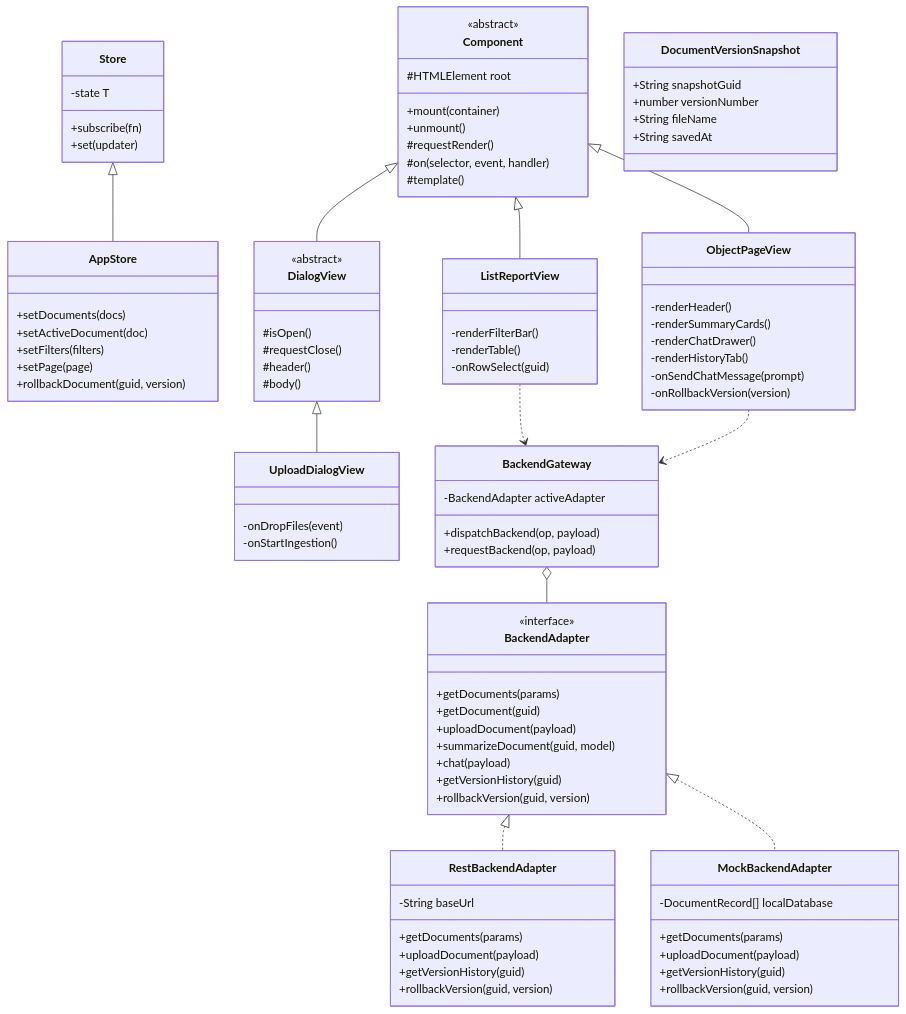
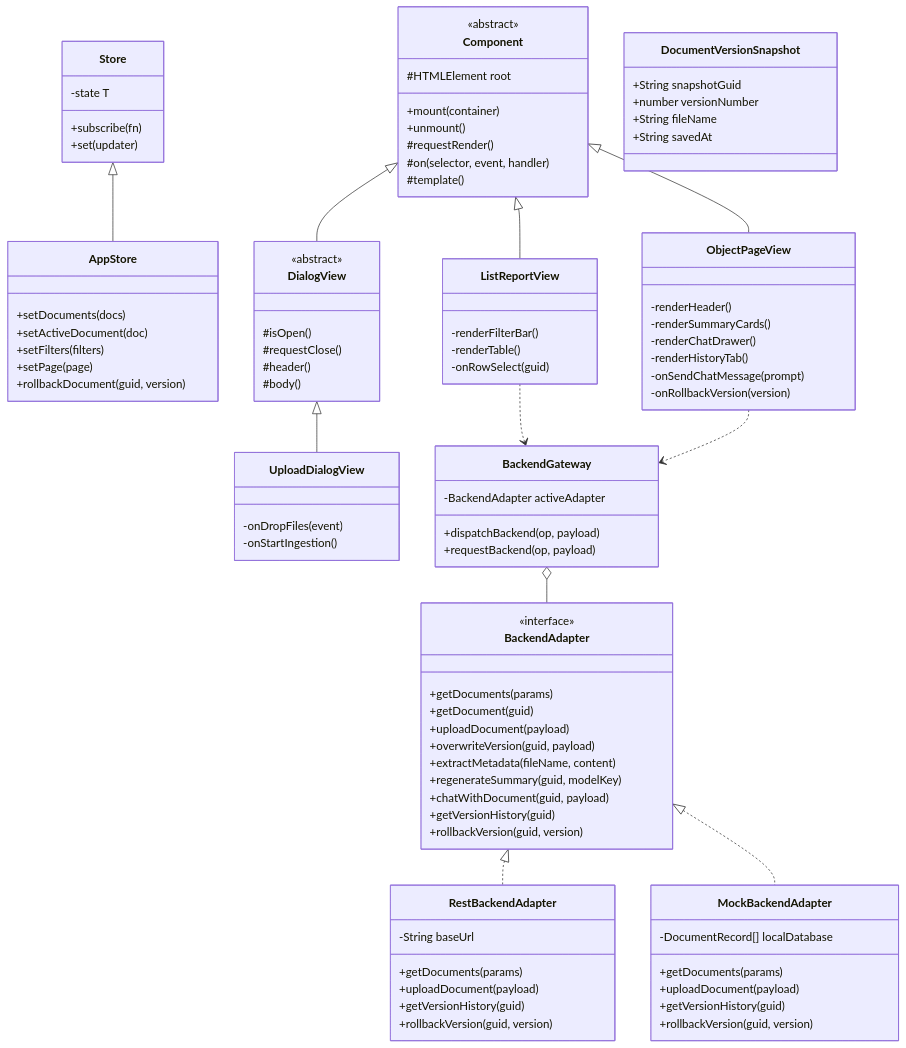
The diagram in src/main/frontend/public/typescript_uml_class_diagram.mmd (epascalau/personal-library), drawn with Mermaid before and after one commit. The commit also changed 87 other files, not shown here.

```diff
--- a/src/main/frontend/public/typescript_uml_class_diagram.mmd
+++ b/src/main/frontend/public/typescript_uml_class_diagram.mmd
@@ -1,105 +1,107 @@
 classDiagram
     direction TB
 
     class Component {
       <<abstract>>
       #HTMLElement root
       +mount(container)
       +unmount()
       #requestRender()
       #on(selector, event, handler)
       #template()
     }
 
     class Store {
       -state T
       +subscribe(fn)
       +set(updater)
     }
 
     class AppStore {
       +setDocuments(docs)
       +setActiveDocument(doc)
       +setFilters(filters)
       +setPage(page)
       +rollbackDocument(guid, version)
     }
 
     class ListReportView {
       -renderFilterBar()
       -renderTable()
       -onRowSelect(guid)
     }
 
     class ObjectPageView {
       -renderHeader()
       -renderSummaryCards()
       -renderChatDrawer()
       -renderHistoryTab()
       -onSendChatMessage(prompt)
       -onRollbackVersion(version)
     }
 
     class DialogView {
       <<abstract>>
       #isOpen()
       #requestClose()
       #header()
       #body()
     }
 
     class UploadDialogView {
       -onDropFiles(event)
       -onStartIngestion()
     }
 
     class BackendGateway {
       -BackendAdapter activeAdapter
       +dispatchBackend(op, payload)
       +requestBackend(op, payload)
     }
 
     class BackendAdapter {
       <<interface>>
       +getDocuments(params)
       +getDocument(guid)
       +uploadDocument(payload)
-      +summarizeDocument(guid, model)
-      +chat(payload)
+      +overwriteVersion(guid, payload)
+      +extractMetadata(fileName, content)
+      +regenerateSummary(guid, modelKey)
+      +chatWithDocument(guid, payload)
       +getVersionHistory(guid)
       +rollbackVersion(guid, version)
     }
 
     class RestBackendAdapter {
       -String baseUrl
       +getDocuments(params)
       +uploadDocument(payload)
       +getVersionHistory(guid)
       +rollbackVersion(guid, version)
     }
 
     class MockBackendAdapter {
       -DocumentRecord[] localDatabase
       +getDocuments(params)
       +uploadDocument(payload)
       +getVersionHistory(guid)
       +rollbackVersion(guid, version)
     }
 
     class DocumentVersionSnapshot {
       +String snapshotGuid
       +number versionNumber
       +String fileName
       +String savedAt
     }
 
     Component <|-- ListReportView
     Component <|-- ObjectPageView
     Component <|-- DialogView
     DialogView <|-- UploadDialogView
     Store <|-- AppStore
     BackendAdapter <|.. RestBackendAdapter
     BackendAdapter <|.. MockBackendAdapter
     BackendGateway o-- BackendAdapter
     ListReportView ..> BackendGateway
     ObjectPageView ..> BackendGateway
```
